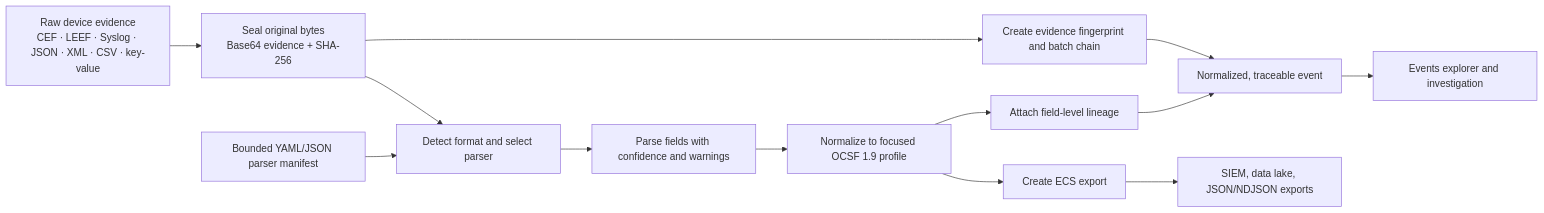
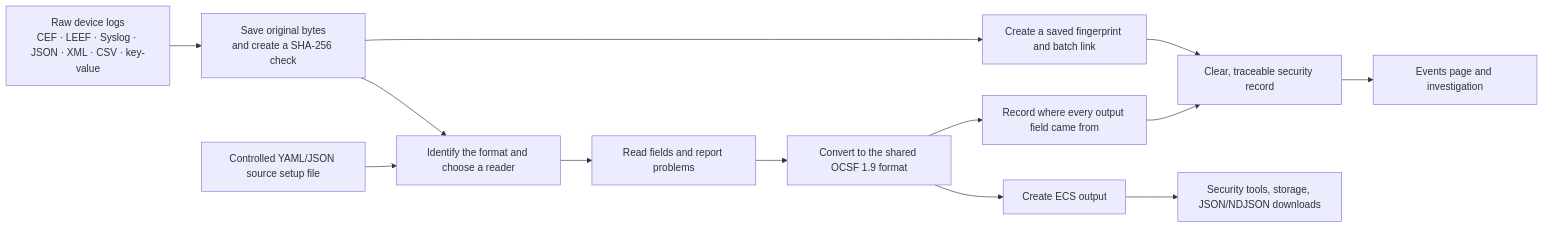
The second of 3 diagrams in universal-log_ps/WEBSITE_ROUTE_AND_DEMO_GUIDE.md (wrestle-R/SIH2026-weather), drawn with Mermaid before and after one commit. The commit also changed other lines of this file and 11 other files, not shown here.

````diff
--- a/universal-log_ps/WEBSITE_ROUTE_AND_DEMO_GUIDE.md
+++ b/universal-log_ps/WEBSITE_ROUTE_AND_DEMO_GUIDE.md
@@ -121,15 +121,15 @@
 ```mermaid
 flowchart LR
-    A["Raw device evidence\nCEF · LEEF · Syslog · JSON · XML · CSV · key-value"] --> B["Seal original bytes\nBase64 evidence + SHA-256"]
-    B --> C["Detect format and select parser"]
-    C --> D["Parse fields with confidence and warnings"]
-    D --> E["Normalize to focused OCSF 1.9 profile"]
-    E --> F["Create ECS export"]
-    E --> G["Attach field-level lineage"]
-    B --> H["Create evidence fingerprint and batch chain"]
-    G --> I["Normalized, traceable event"]
+    A["Raw device logs\nCEF · LEEF · Syslog · JSON · XML · CSV · key-value"] --> B["Save original bytes\nand create a SHA-256 check"]
+    B --> C["Identify the format and choose a reader"]
+    C --> D["Read fields and report problems"]
+    D --> E["Convert to the shared OCSF 1.9 format"]
+    E --> F["Create ECS output"]
+    E --> G["Record where every output field came from"]
+    B --> H["Create a saved fingerprint and batch link"]
+    G --> I["Clear, traceable security record"]
     H --> I
-    F --> J["SIEM, data lake, JSON/NDJSON exports"]
-    I --> K["Events explorer and investigation"]
-    L["Bounded YAML/JSON parser manifest"] --> C
+    F --> J["Security tools, storage, JSON/NDJSON downloads"]
+    I --> K["Events page and investigation"]
+    L["Controlled YAML/JSON source setup file"] --> C
 ```
````
